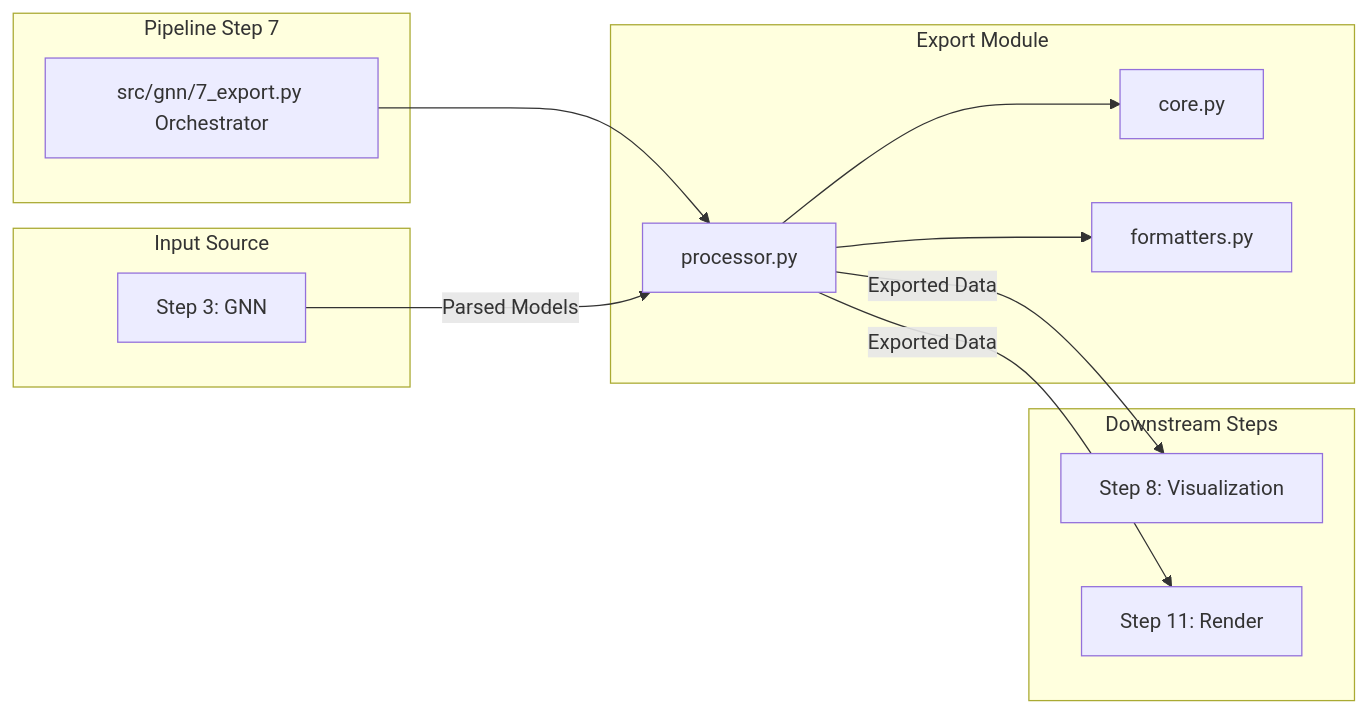
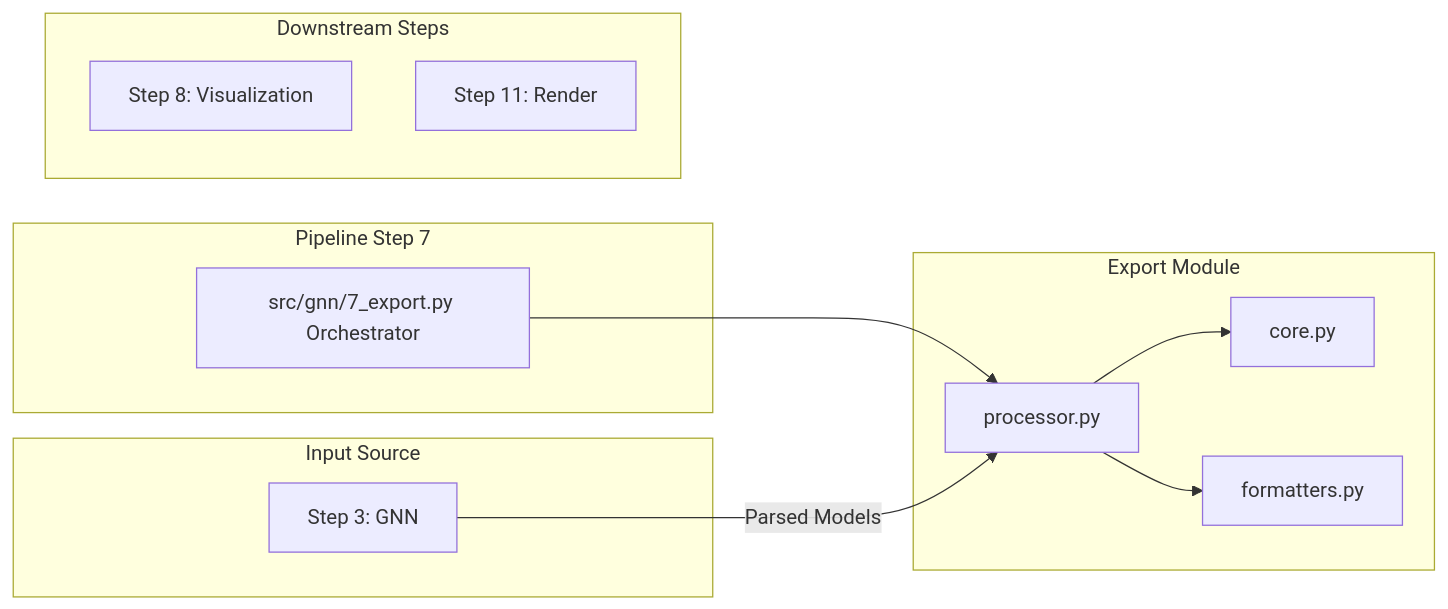
The third of 3 diagrams in src/gnn/export/README.md (ActiveInferenceInstitute/GeneralizedNotationNotation), drawn with Mermaid before and after one commit. The commit also changed 29 other files, not shown here.

First line of the commit message:
docs: correct pipeline data-dependency graphs to runtime artifact flow

````diff
--- a/src/gnn/export/README.md
+++ b/src/gnn/export/README.md
@@ -91,30 +91,28 @@
 ```mermaid
 flowchart LR
     subgraph "Pipeline Step 7"
         Step7[src/gnn/7_export.py Orchestrator]
     end
     
     subgraph "Export Module"
         Processor[processor.py]
         Core[core.py]
         Formatters[formatters.py]
     end
     
     subgraph "Input Source"
         Step3[Step 3: GNN]
     end
     
     subgraph "Downstream Steps"
         Step8[Step 8: Visualization]
         Step11[Step 11: Render]
     end
     
     Step7 --> Processor
     Processor --> Core
     Processor --> Formatters
     
     Step3 -->|Parsed Models| Processor
     
-    Processor -->|Exported Data| Step8
-    Processor -->|Exported Data| Step11
 ```
````
